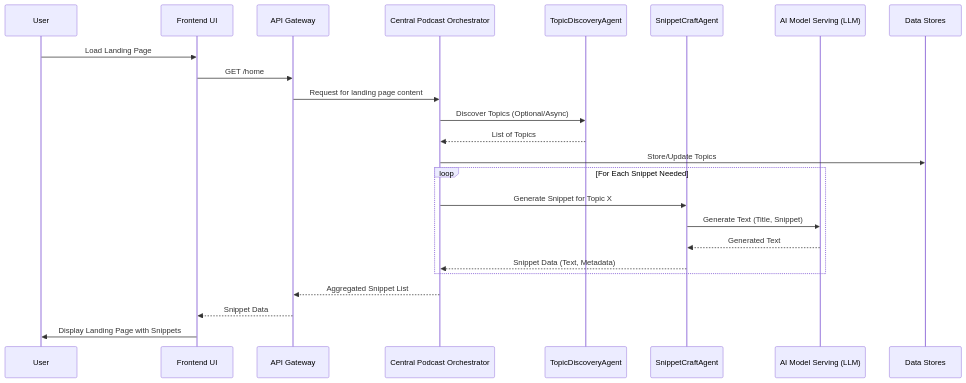
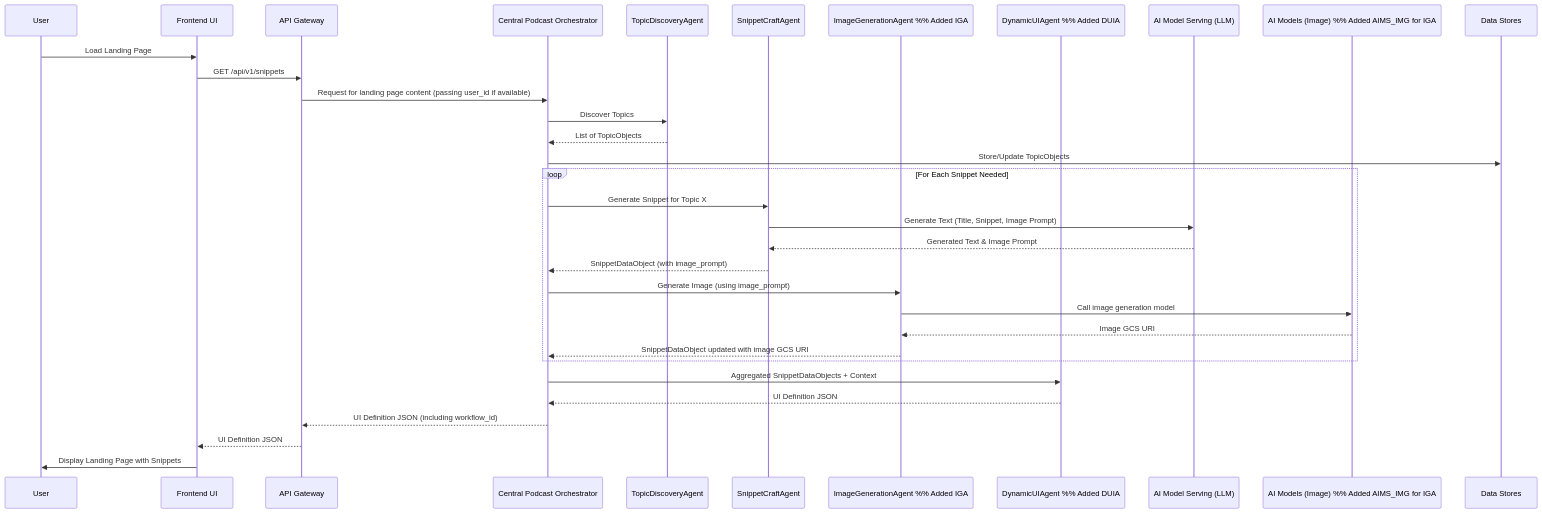
Before and after one commit to psreek-ai/AIFirstPodcastApp: the first of 2 diagrams in docs/architecture/Agent_Orchestration.md, drawn with Mermaid. The commit also changed other lines of this file and 5 other files, not shown here.

First line of the commit message:
feat: Design and prototype backend for dynamic UI generation

````diff
--- a/docs/architecture/Agent_Orchestration.md
+++ b/docs/architecture/Agent_Orchestration.md
@@ -93,30 +99,40 @@
     ```mermaid
     sequenceDiagram
         participant User
         participant FEND as Frontend UI
         participant APIGW as API Gateway
         participant CPOA as Central Podcast Orchestrator
         participant TDA as TopicDiscoveryAgent
         participant SCA as SnippetCraftAgent
+        participant IGA as ImageGenerationAgent %% Added IGA
+        participant DUIA as DynamicUIAgent %% Added DUIA
         participant AIMS as AI Model Serving (LLM)
+        participant AIMS_IMG as AI Models (Image) %% Added AIMS_IMG for IGA
         participant DS as Data Stores
 
         User->>FEND: Load Landing Page
-        FEND->>APIGW: GET /home
-        APIGW->>CPOA: Request for landing page content
+        FEND->>APIGW: GET /api/v1/snippets
+        APIGW->>CPOA: Request for landing page content (passing user_id if available)
 
-        CPOA->>TDA: Discover Topics (Optional/Async)
-        TDA-->>CPOA: List of Topics
-        CPOA->>DS: Store/Update Topics
+        CPOA->>TDA: Discover Topics
+        TDA-->>CPOA: List of TopicObjects
+        CPOA->>DS: Store/Update TopicObjects
 
         loop For Each Snippet Needed
             CPOA->>SCA: Generate Snippet for Topic X
-            SCA->>AIMS: Generate Text (Title, Snippet)
-            AIMS-->>SCA: Generated Text
-            SCA-->>CPOA: Snippet Data (Text, Metadata)
+            SCA->>AIMS: Generate Text (Title, Snippet, Image Prompt)
+            AIMS-->>SCA: Generated Text & Image Prompt
+            SCA-->>CPOA: SnippetDataObject (with image_prompt)
+
+            CPOA->>IGA: Generate Image (using image_prompt)
+            IGA->>AIMS_IMG: Call image generation model
+            AIMS_IMG-->>IGA: Image GCS URI
+            IGA-->>CPOA: SnippetDataObject updated with image GCS URI
         end
 
-        CPOA-->>APIGW: Aggregated Snippet List
-        APIGW-->>FEND: Snippet Data
+        CPOA->>DUIA: Aggregated SnippetDataObjects + Context
+        DUIA-->>CPOA: UI Definition JSON
+        CPOA-->>APIGW: UI Definition JSON (including workflow_id)
+        APIGW-->>FEND: UI Definition JSON
         FEND->>User: Display Landing Page with Snippets
     ```
````
